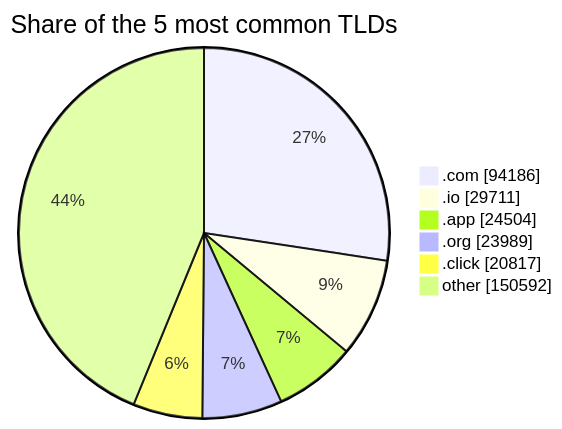
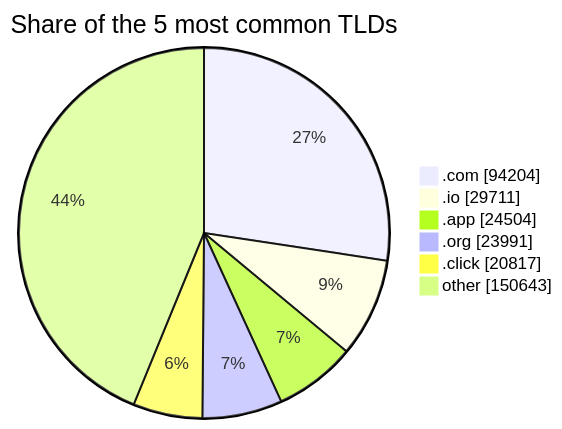
One commit to DNSBunker/CTI changed the third of 3 diagrams in README.md. Above: the diagram before and after it, drawn with Mermaid. The commit also changed other lines of this file and 3 other files, not shown here.

````diff
--- a/README.md
+++ b/README.md
@@ -81,9 +81,9 @@
 ```mermaid
 pie showData title Share of the 5 most common TLDs
-    ".com" : 94186
+    ".com" : 94204
     ".io" : 29711
     ".app" : 24504
-    ".org" : 23989
+    ".org" : 23991
     ".click" : 20817
-    "other" : 150592
+    "other" : 150643
 ```
````
